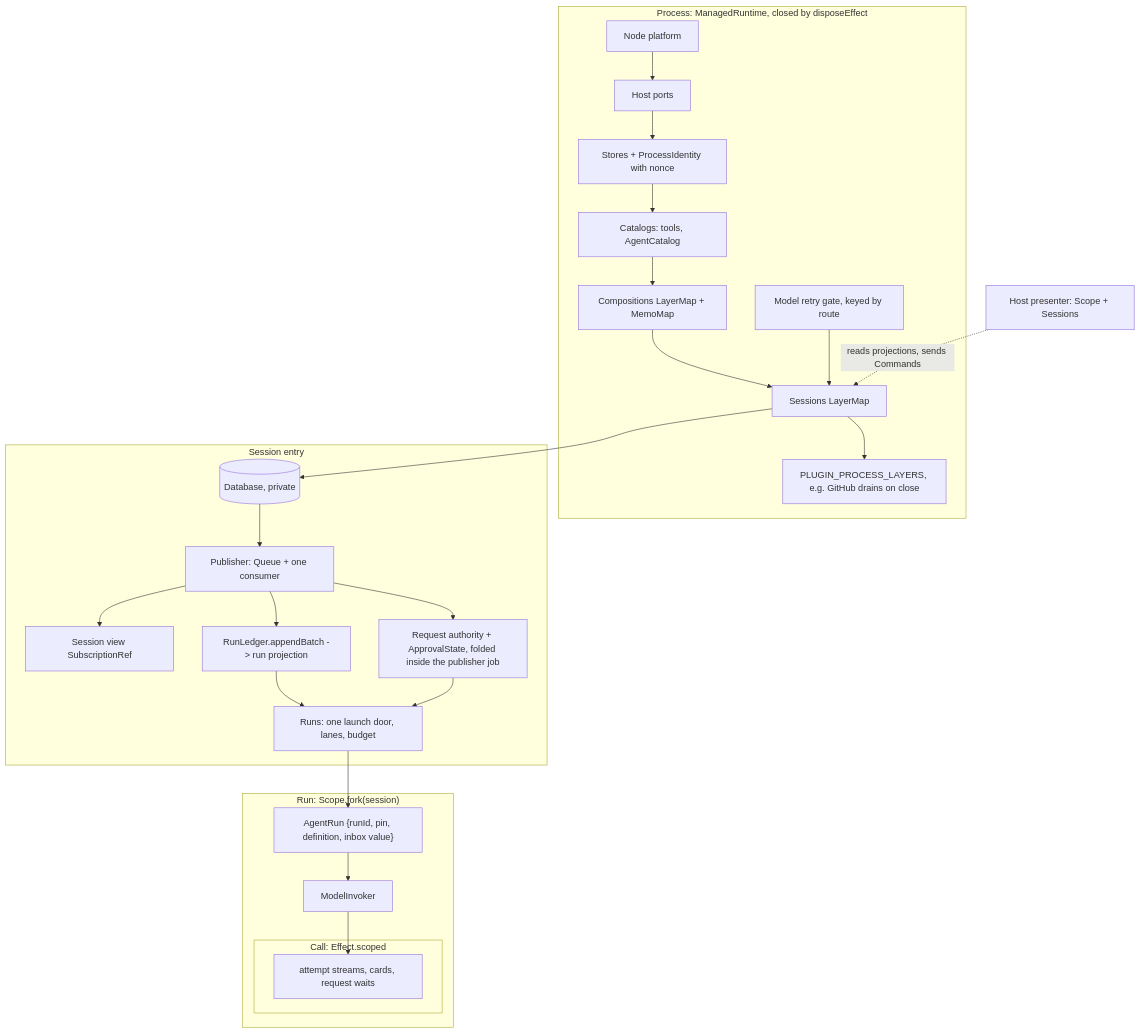
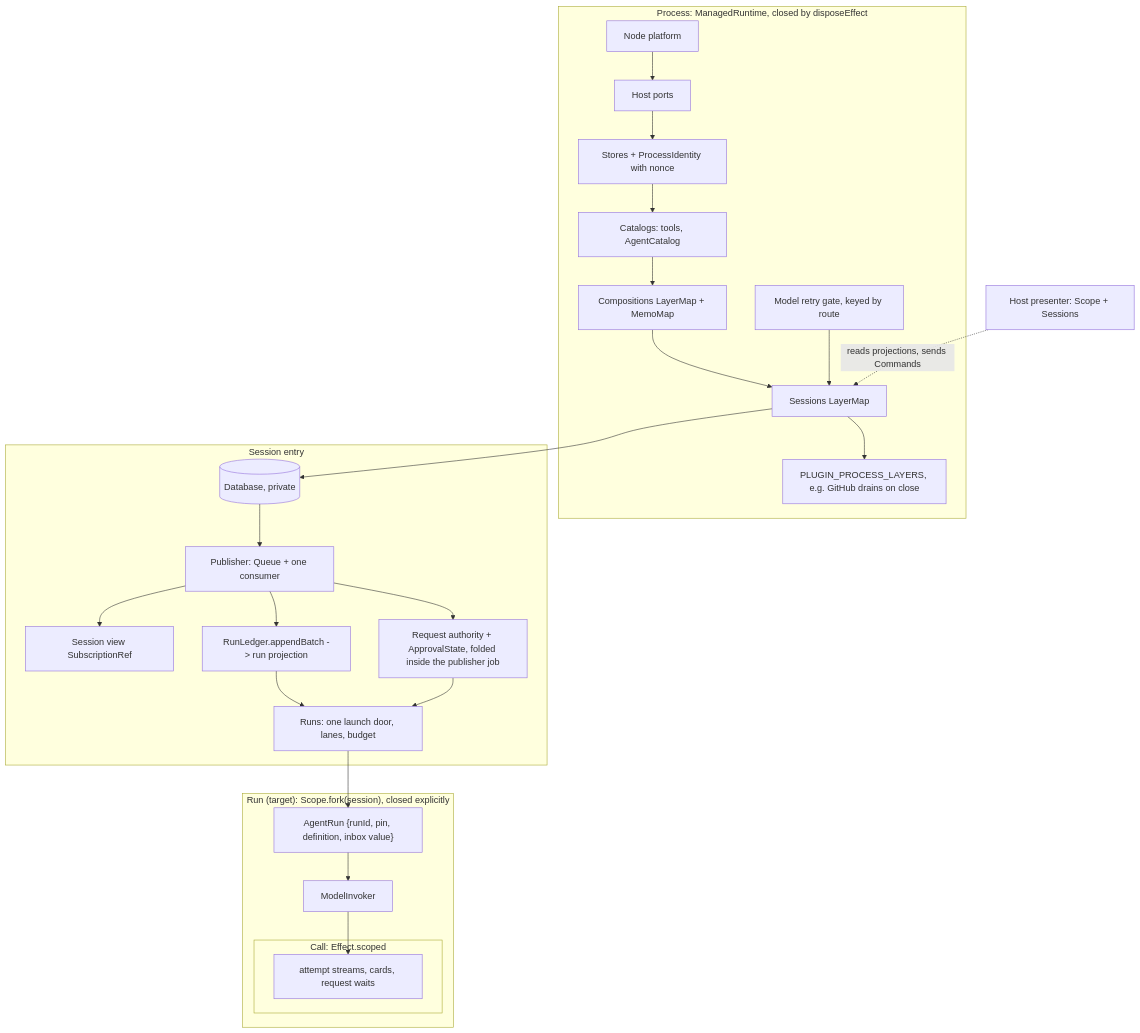
One commit to LionSR/TeXRA changed the diagram in .agents/docs/proposed/architecture/2026-09-26-core-concepts.md. Above: the diagram before and after it, drawn with Mermaid. The commit also changed other lines of this file and 3 other files, not shown here.

First line of the commit message:
docs(architecture): apply a53db0e re-check to the core-concepts companions

````diff
--- a/.agents/docs/proposed/architecture/2026-09-26-core-concepts.md
+++ b/.agents/docs/proposed/architecture/2026-09-26-core-concepts.md
@@ -405,29 +408,29 @@
 ```mermaid
 graph TD
   subgraph Process["Process: ManagedRuntime, closed by disposeEffect"]
     NP[Node platform] --> HP[Host ports] --> ST[Stores + ProcessIdentity with nonce]
     ST --> CAT[Catalogs: tools, AgentCatalog]
     CAT --> CMP[Compositions LayerMap + MemoMap]
     CMP --> SES[Sessions LayerMap]
     RG[Model retry gate, keyed by route] --> SES
     SES --> PPL[PLUGIN_PROCESS_LAYERS, e.g. GitHub drains on close]
   end
   subgraph Session["Session entry"]
     DB[(Database, private)] --> PUB[Publisher: Queue + one consumer]
     PUB --> VIEW[Session view SubscriptionRef]
     PUB --> LED[RunLedger.appendBatch -> run projection]
     PUB --> REQ[Request authority + ApprovalState, folded inside the publisher job]
     LED --> RUNS[Runs: one launch door, lanes, budget]
     REQ --> RUNS
   end
   SES --> DB
-  subgraph Run["Run: Scope.fork(session)"]
+  subgraph Run["Run (target): Scope.fork(session), closed explicitly"]
     AR["AgentRun {runId, pin, definition, inbox value}"] --> MI[ModelInvoker]
     subgraph Call["Call: Effect.scoped"]
       C1[attempt streams, cards, request waits]
     end
     MI --> C1
   end
   RUNS --> AR
   HOST["Host presenter: Scope + Sessions"] -. reads projections, sends Commands .-> SES
 ```
````
